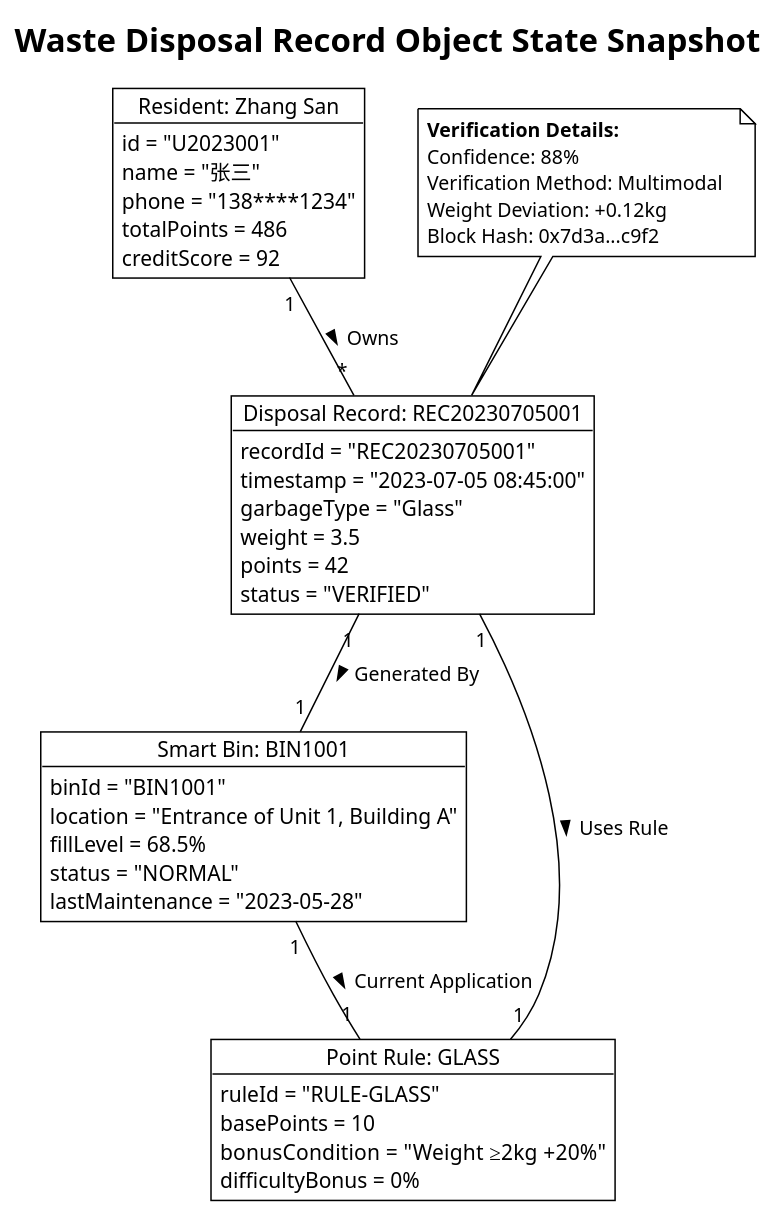
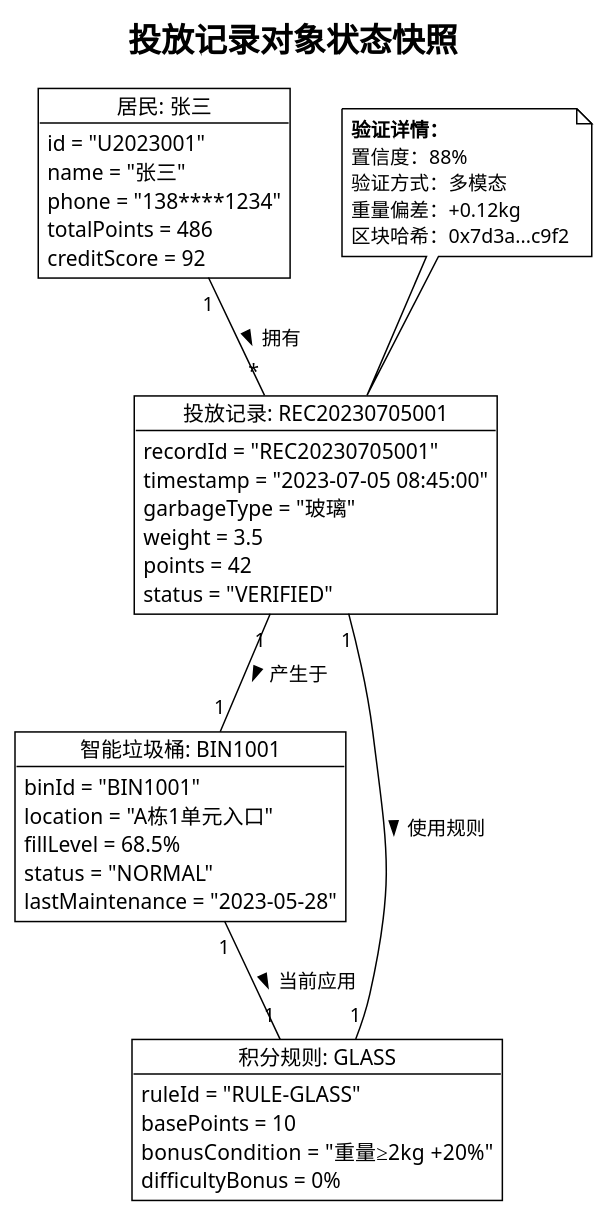
The fourth of 4 diagrams in README.en.md (YangShengzhou03/EcoSorter), drawn with PlantUML before and after one commit. The commit also changed other lines of this file and 1 other file, not shown here.

````diff
--- a/README.en.md
+++ b/README.en.md
@@ -191,51 +360,51 @@
-```plantuml  
-@startuml  
-!theme plain  
-title Waste Disposal Record Object State Snapshot  
+```plantuml
+@startuml
+!theme plain
+title 投放记录对象状态快照
 
-object "Resident: Zhang San" as user {  
-  id = "U2023001"  
-  name = "张三"  
-  phone = "138****1234"  
-  totalPoints = 486  
-  creditScore = 92  
-}  
+object "居民: 张三" as user {
+  id = "U2023001"
+  name = "张三"
+  phone = "138****1234"
+  totalPoints = 486
+  creditScore = 92
+}
 
-object "Smart Bin: BIN1001" as bin {  
-  binId = "BIN1001"  
-  location = "Entrance of Unit 1, Building A"  
-  fillLevel = 68.5%  
-  status = "NORMAL"  
-  lastMaintenance = "2023-05-28"  
-}  
+object "智能垃圾桶: BIN1001" as bin {
+  binId = "BIN1001"
+  location = "A栋1单元入口"
+  fillLevel = 68.5%
+  status = "NORMAL"
+  lastMaintenance = "2023-05-28"
+}
 
-object "Disposal Record: REC20230705001" as record {  
-  recordId = "REC20230705001"  
-  timestamp = "2023-07-05 08:45:00"  
-  garbageType = "Glass"  
-  weight = 3.5  
-  points = 42  
-  status = "VERIFIED"  
-}  
+object "投放记录: REC20230705001" as record {
+  recordId = "REC20230705001"
+  timestamp = "2023-07-05 08:45:00"
+  garbageType = "玻璃"
+  weight = 3.5
+  points = 42
+  status = "VERIFIED"
+}
 
-object "Point Rule: GLASS" as rule {  
-  ruleId = "RULE-GLASS"  
-  basePoints = 10  
-  bonusCondition = "Weight ≥2kg +20%"  
-  difficultyBonus = 0%  
-}  
+object "积分规则: GLASS" as rule {
+  ruleId = "RULE-GLASS"
+  basePoints = 10
+  bonusCondition = "重量≥2kg +20%"
+  difficultyBonus = 0%
+}
 
-user "1" -- "*" record : Owns >  
-record "1" -- "1" bin : Generated By >  
-record "1" -- "1" rule : Uses Rule >  
-bin "1" -- "1" rule : Current Application >  
+user "1" -- "*" record : 拥有 >
+record "1" -- "1" bin : 产生于 >
+record "1" -- "1" rule : 使用规则 >
+bin "1" -- "1" rule : 当前应用 >
 
-note top of record  
-  <b>Verification Details:</b>  
-  Confidence: 88%  
-  Verification Method: Multimodal  
-  Weight Deviation: +0.12kg  
-  Block Hash: 0x7d3a...c9f2  
-end note  
-@enduml  
-```  
+note top of record
+  <b>验证详情：</b>
+  置信度：88%
+  验证方式：多模态
+  重量偏差：+0.12kg
+  区块哈希：0x7d3a...c9f2
+end note
+@enduml
+```
````
